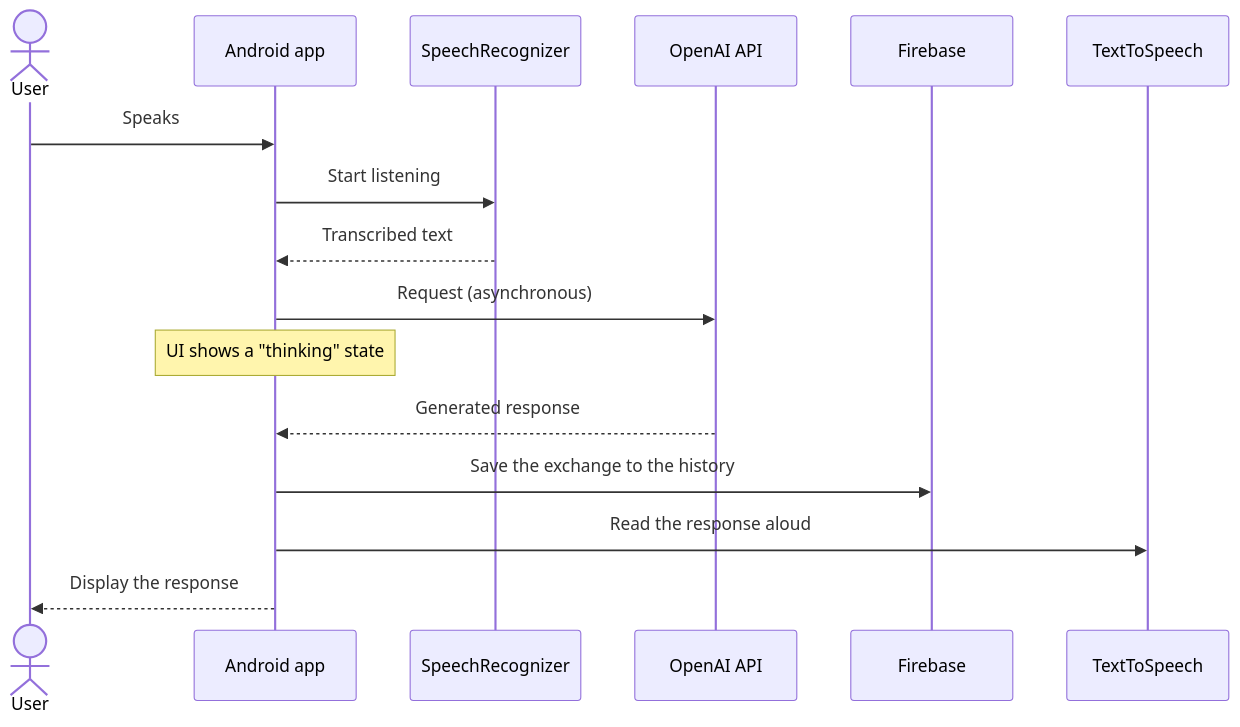
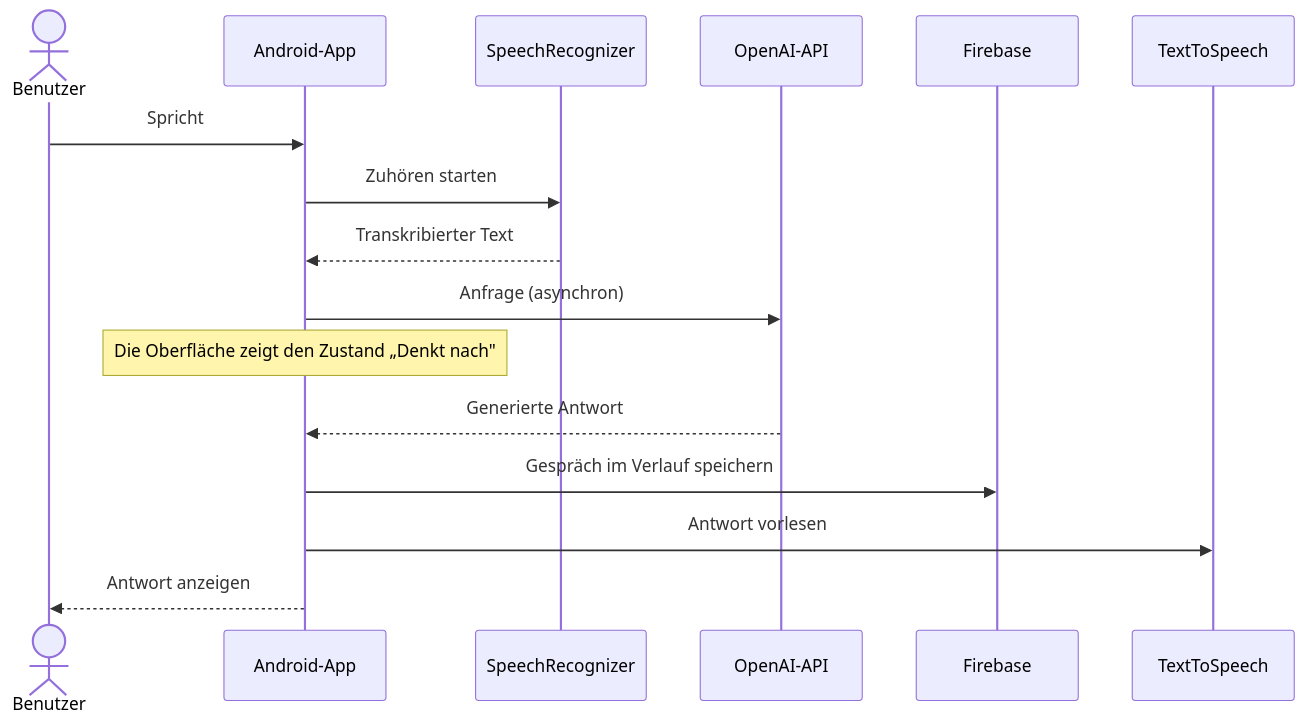
The second of 3 diagrams in README.md (El-Tousy/alexandra-voice-assistant), drawn with Mermaid before and after one commit. The commit also changed other lines of this file, not shown here.

````diff
--- a/README.md
+++ b/README.md
@@ -140,19 +140,19 @@
 ```mermaid
 sequenceDiagram
-    actor U as User
-    participant A as Android app
+    actor U as Benutzer
+    participant A as Android-App
     participant S as SpeechRecognizer
-    participant O as OpenAI API
+    participant O as OpenAI-API
     participant F as Firebase
     participant T as TextToSpeech
 
-    U->>A: Speaks
-    A->>S: Start listening
-    S-->>A: Transcribed text
-    A->>O: Request (asynchronous)
-    Note over A: UI shows a "thinking" state
-    O-->>A: Generated response
-    A->>F: Save the exchange to the history
-    A->>T: Read the response aloud
-    A-->>U: Display the response
+    U->>A: Spricht
+    A->>S: Zuhören starten
+    S-->>A: Transkribierter Text
+    A->>O: Anfrage (asynchron)
+    Note over A: Die Oberfläche zeigt den Zustand „Denkt nach"
+    O-->>A: Generierte Antwort
+    A->>F: Gespräch im Verlauf speichern
+    A->>T: Antwort vorlesen
+    A-->>U: Antwort anzeigen
 ```
````
